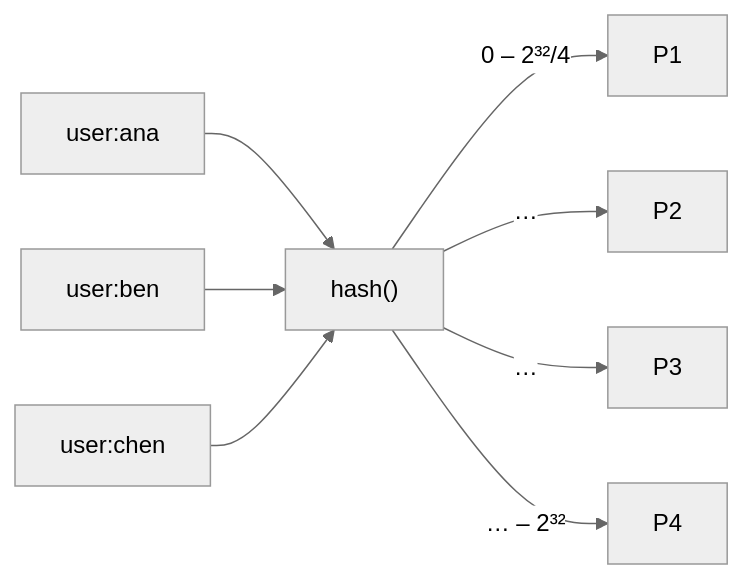
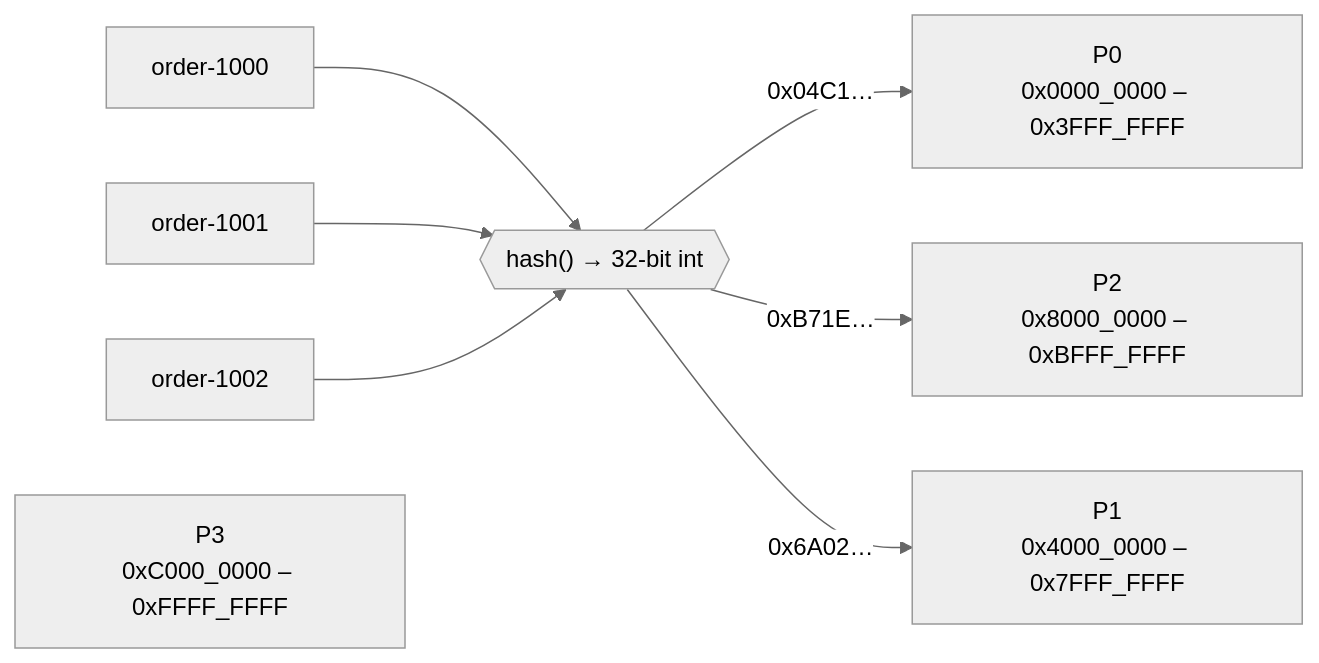
One commit to pratikguru998/ddia-book changed the seventh of 26 diagrams in docs/chapters/part-2/06-partitioning.mdx. Above: the diagram before and after it, drawn with Mermaid (neutral theme). The commit also changed other lines of this file and 13 other files, not shown here.

Commit message:
Expand all 12 chapters: every book subsection, deeper notes, ~320 diagrams

````diff
--- a/docs/chapters/part-2/06-partitioning.mdx
+++ b/docs/chapters/part-2/06-partitioning.mdx
@@ -66,10 +267,10 @@
 ```mermaid
 flowchart LR
-  K1["user:ana"] --> H["hash()"]
-  K2["user:ben"] --> H
-  K3["user:chen"] --> H
-  H -->|"0 – 2³²/4"| P1["P1"]
-  H -->|"…"| P2["P2"]
-  H -->|"…"| P3["P3"]
-  H -->|"… – 2³²"| P4["P4"]
+  K1["order-1000"] --> H{{"hash() → 32-bit int"}}
+  K2["order-1001"] --> H
+  K3["order-1002"] --> H
+  H -->|"0x04C1…"| P0["P0<br/>0x0000_0000 – 0x3FFF_FFFF"]
+  H -->|"0xB71E…"| P2["P2<br/>0x8000_0000 – 0xBFFF_FFFF"]
+  H -->|"0x6A02…"| P1["P1<br/>0x4000_0000 – 0x7FFF_FFFF"]
+  P3["P3<br/>0xC000_0000 – 0xFFFF_FFFF"]
 ```
````
